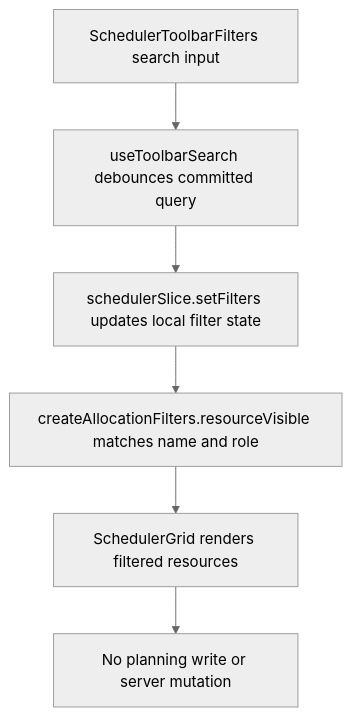
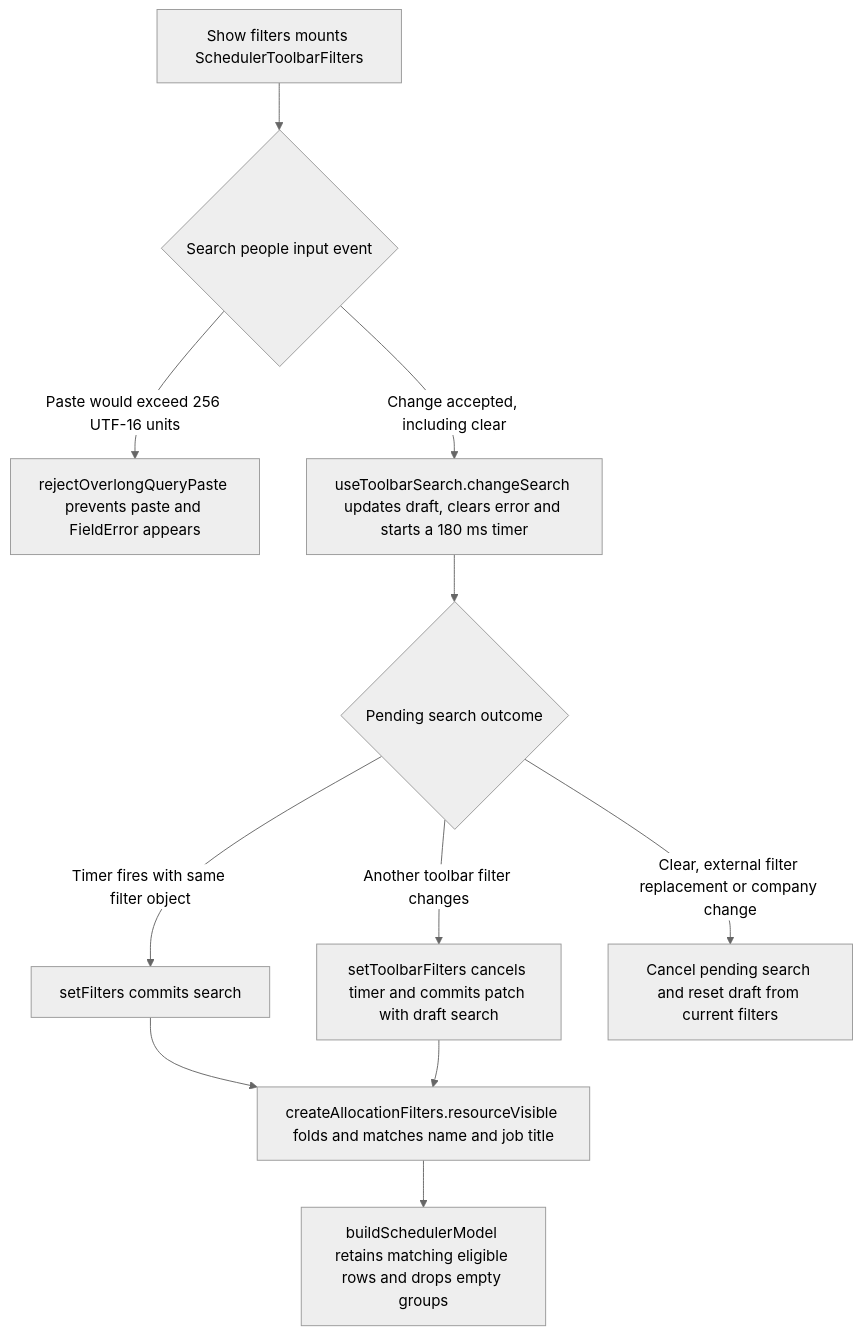
One commit to Kevinjohn/capacitylens changed the second of 2 diagrams in user-stories/filters/US-FIL-01-search.md. Above: the diagram before and after it, drawn with Mermaid (neutral theme). The commit also changed other lines of this file and 172 other files, not shown here.

Commit message:
docs: reconcile user story code flows with source

````diff
--- a/user-stories/filters/US-FIL-01-search.md
+++ b/user-stories/filters/US-FIL-01-search.md
@@ -35,8 +35,13 @@
 ```mermaid
 flowchart TD
-  A["SchedulerToolbarFilters search input"] --> B["useToolbarSearch debounces committed query"]
-  B --> C["schedulerSlice.setFilters updates local filter state"]
-  C --> D["createAllocationFilters.resourceVisible matches name and role"]
-  D --> E["SchedulerGrid renders filtered resources"]
-  E --> F["No planning write or server mutation"]
+  OPEN["Show filters mounts SchedulerToolbarFilters"] --> INPUT{"Search people input event"}
+  INPUT -->|Paste would exceed 256 UTF-16 units| ERROR["rejectOverlongQueryPaste prevents paste and FieldError appears"]
+  INPUT -->|Change accepted, including clear| DRAFT["useToolbarSearch.changeSearch updates draft, clears error and starts a 180 ms timer"]
+  DRAFT --> TIMER{"Pending search outcome"}
+  TIMER -->|Timer fires with same filter object| COMMIT["setFilters commits search"]
+  TIMER -->|Another toolbar filter changes| BOTH["setToolbarFilters cancels timer and commits patch with draft search"]
+  TIMER -->|Clear, external filter replacement or company change| CANCEL["Cancel pending search and reset draft from current filters"]
+  COMMIT --> MATCH["createAllocationFilters.resourceVisible folds and matches name and job title"]
+  BOTH --> MATCH
+  MATCH --> ROWS["buildSchedulerModel retains matching eligible rows and drops empty groups"]
 ```
````
